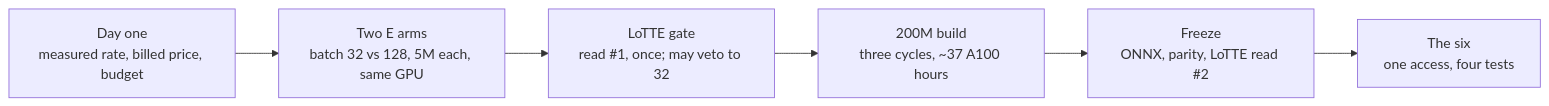
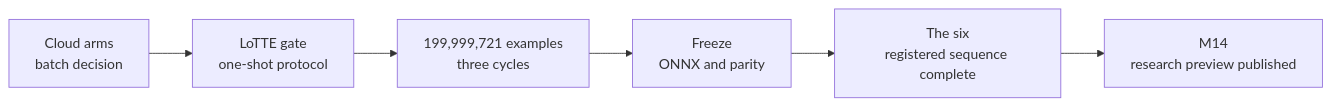
One commit to Dylancouzon/asymmetric-dual-encoders changed the second of 2 diagrams in research/constella-in-plain-english.md. Above: the diagram before and after it, drawn with Mermaid. The commit also changed other lines of this file and 12 other files, not shown here.

````diff
--- a/research/constella-in-plain-english.md
+++ b/research/constella-in-plain-english.md
@@ -264,8 +267,8 @@
 ```mermaid
 flowchart LR
-    A["Day one<br/>measured rate, billed price, budget"] --> B["Two E arms<br/>batch 32 vs 128, 5M each, same GPU"]
-    B --> C["LoTTE gate<br/>read #1, once; may veto to 32"]
-    C --> D["200M build<br/>three cycles, ~37 A100 hours"]
-    D --> E["Freeze<br/>ONNX, parity, LoTTE read #2"]
-    E --> F["The six<br/>one access, four tests"]
+    A["Cloud arms<br/>batch decision"] --> B["LoTTE gate<br/>one-shot protocol"]
+    B --> C["199,999,721 examples<br/>three cycles"]
+    C --> D["Freeze<br/>ONNX and parity"]
+    D --> E["The six<br/>registered sequence complete"]
+    E --> F["M14<br/>research preview published"]
 ```
````
